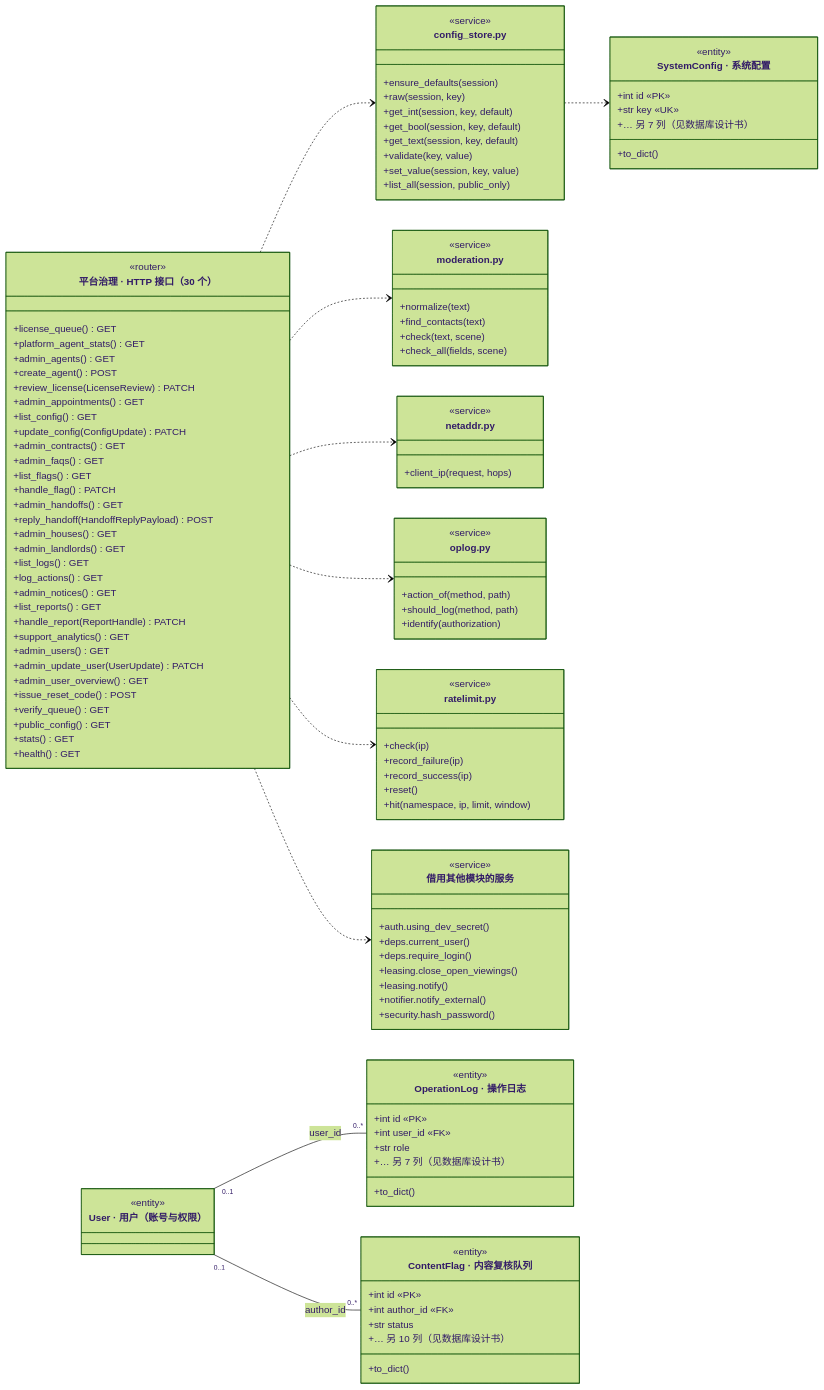
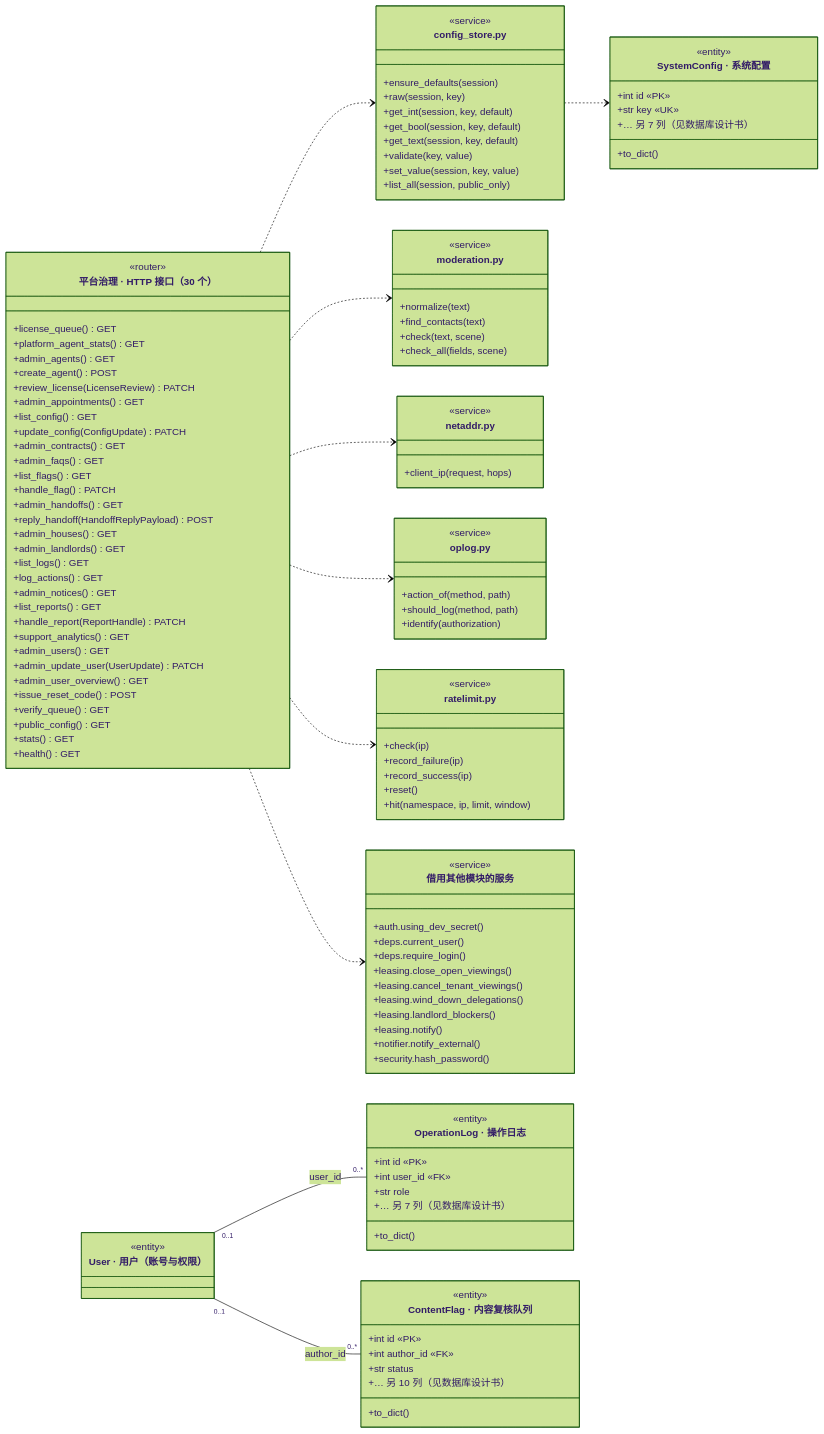
Before and after one commit to A107586/ai-house-rental: the diagram in docs/图/class_governance.mmd, drawn with Mermaid (forest theme). The commit also changed 23 other files, not shown here.

First line of the commit message:
fix(账号/委托/审核/图片): 身份收回后委托还挂着；复核下架公告无效；借图删图能删掉别人的照片

```diff
--- a/docs/图/class_governance.mmd
+++ b/docs/图/class_governance.mmd
@@ -1,115 +1,118 @@
 classDiagram
     direction LR
     class Api["平台治理 · HTTP 接口（30 个）"] {
         <<router>>
         +license_queue() GET
         +platform_agent_stats() GET
         +admin_agents() GET
         +create_agent() POST
         +review_license(LicenseReview) PATCH
         +admin_appointments() GET
         +list_config() GET
         +update_config(ConfigUpdate) PATCH
         +admin_contracts() GET
         +admin_faqs() GET
         +list_flags() GET
         +handle_flag() PATCH
         +admin_handoffs() GET
         +reply_handoff(HandoffReplyPayload) POST
         +admin_houses() GET
         +admin_landlords() GET
         +list_logs() GET
         +log_actions() GET
         +admin_notices() GET
         +list_reports() GET
         +handle_report(ReportHandle) PATCH
         +support_analytics() GET
         +admin_users() GET
         +admin_update_user(UserUpdate) PATCH
         +admin_user_overview() GET
         +issue_reset_code() POST
         +verify_queue() GET
         +public_config() GET
         +stats() GET
         +health() GET
     }
     class m_config_store["config_store.py"] {
         <<service>>
         +ensure_defaults(session)
         +raw(session, key)
         +get_int(session, key, default)
         +get_bool(session, key, default)
         +get_text(session, key, default)
         +validate(key, value)
         +set_value(session, key, value)
         +list_all(session, public_only)
     }
     Api ..> m_config_store
     class m_moderation["moderation.py"] {
         <<service>>
         +normalize(text)
         +find_contacts(text)
         +check(text, scene)
         +check_all(fields, scene)
     }
     Api ..> m_moderation
     class m_netaddr["netaddr.py"] {
         <<service>>
         +client_ip(request, hops)
     }
     Api ..> m_netaddr
     class m_oplog["oplog.py"] {
         <<service>>
         +action_of(method, path)
         +should_log(method, path)
         +identify(authorization)
     }
     Api ..> m_oplog
     class m_ratelimit["ratelimit.py"] {
         <<service>>
         +check(ip)
         +record_failure(ip)
         +record_success(ip)
         +reset()
         +hit(namespace, ip, limit, window)
     }
     Api ..> m_ratelimit
     class m_shared["借用其他模块的服务"] {
         <<service>>
         +auth.using_dev_secret()
         +deps.current_user()
         +deps.require_login()
         +leasing.close_open_viewings()
+        +leasing.cancel_tenant_viewings()
+        +leasing.wind_down_delegations()
+        +leasing.landlord_blockers()
         +leasing.notify()
         +notifier.notify_external()
         +security.hash_password()
     }
     Api ..> m_shared
     class OperationLog["OperationLog · 操作日志"] {
         <<entity>>
         +int id «PK»
         +int user_id «FK»
         +str role
         +… 另 7 列（见数据库设计书）
         +to_dict()
     }
     class ContentFlag["ContentFlag · 内容复核队列"] {
         <<entity>>
         +int id «PK»
         +int author_id «FK»
         +str status
         +… 另 10 列（见数据库设计书）
         +to_dict()
     }
     class SystemConfig["SystemConfig · 系统配置"] {
         <<entity>>
         +int id «PK»
         +str key «UK»
         +… 另 7 列（见数据库设计书）
         +to_dict()
     }
     class User["User · 用户（账号与权限）"]
     <<entity>> User
     User "0..1" -- "0..*" OperationLog : user_id
     User "0..1" -- "0..*" ContentFlag : author_id
     m_config_store ..> SystemConfig
```
